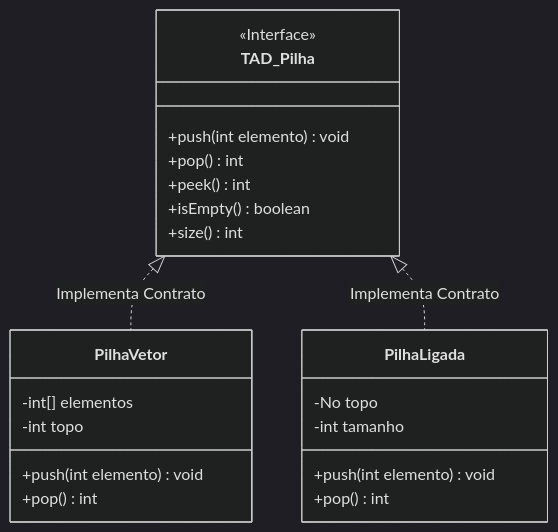
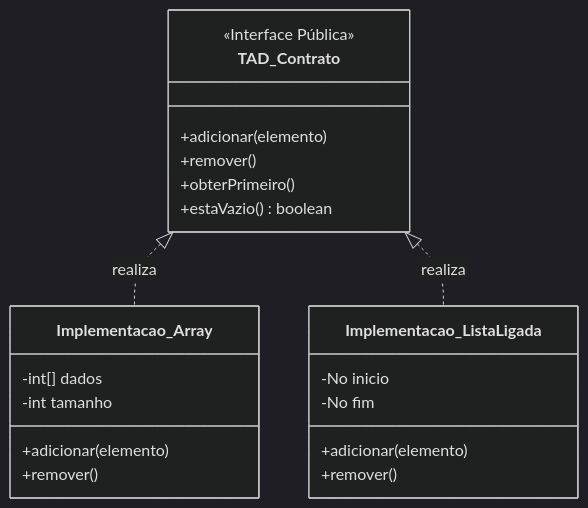
Before and after one commit to murilolol/unifef: the seventh of 33 diagrams in 4º Semestre/[Prof. Wesley Soares] Estrutura de Dados I/Resumos-IA/Caderno-Consolidado.md, drawn with Mermaid (dark theme). The commit also changed other lines of this file and 18 other files, not shown here.

````diff
--- a/4º Semestre/[Prof. Wesley Soares] Estrutura de Dados I/Resumos-IA/Caderno-Consolidado.md
+++ b/4º Semestre/[Prof. Wesley Soares] Estrutura de Dados I/Resumos-IA/Caderno-Consolidado.md
@@ -291,25 +358,24 @@
 ```mermaid
 classDiagram
-    class TAD_Pilha {
-        <<Interface>>
-        +push(int elemento) void
-        +pop() int
-        +peek() int
-        +isEmpty() boolean
-        +size() int
+    class TAD_Contrato {
+        <<Interface Pública>>
+        +adicionar(elemento)
+        +remover()
+        +obterPrimeiro()
+        +estaVazio() boolean
     }
-    class PilhaVetor {
-        -int[] elementos
-        -int topo
-        +push(int elemento) void
-        +pop() int
+    class Implementacao_Array {
+        -int[] dados
+        -int tamanho
+        +adicionar(elemento)
+        +remover()
     }
-    class PilhaLigada {
-        -No topo
-        -int tamanho
-        +push(int elemento) void
-        +pop() int
+    class Implementacao_ListaLigada {
+        -No inicio
+        -No fim
+        +adicionar(elemento)
+        +remover()
     }
-    TAD_Pilha <|.. PilhaVetor : Implementa Contrato
-    TAD_Pilha <|.. PilhaLigada : Implementa Contrato
+    TAD_Contrato <|.. Implementacao_Array : realiza
+    TAD_Contrato <|.. Implementacao_ListaLigada : realiza
 ```
````
